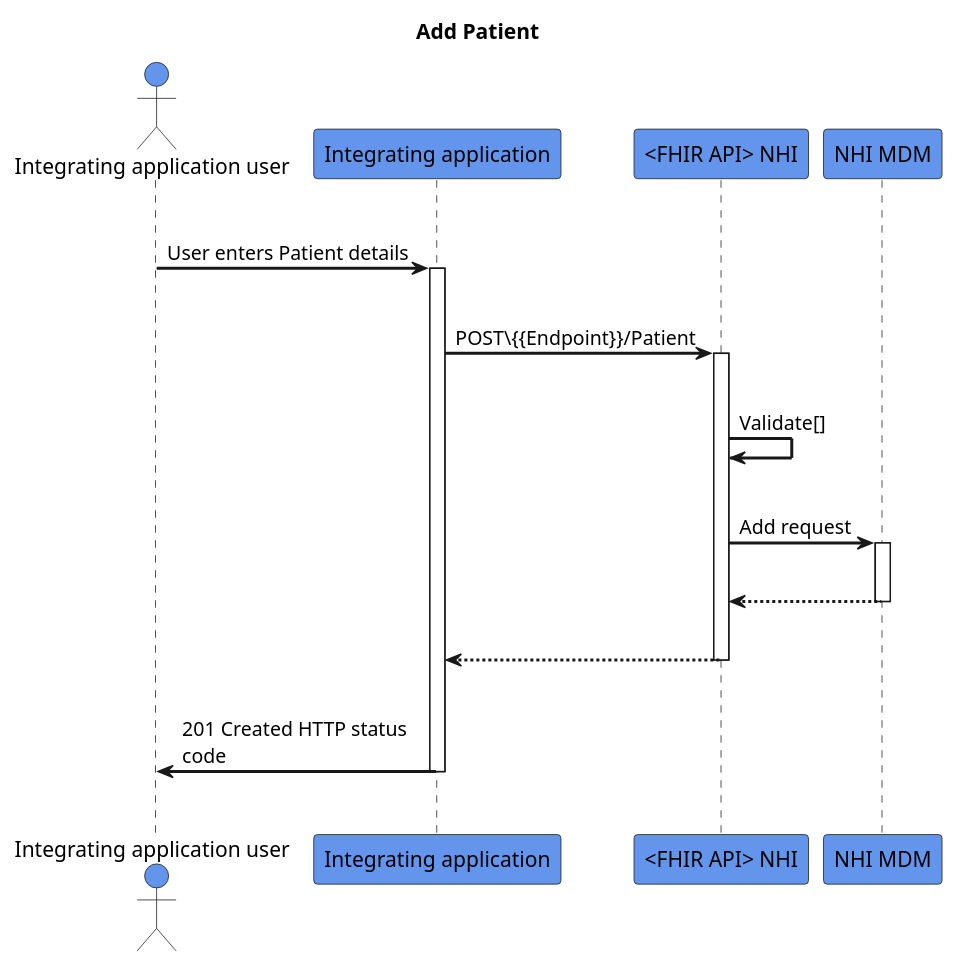
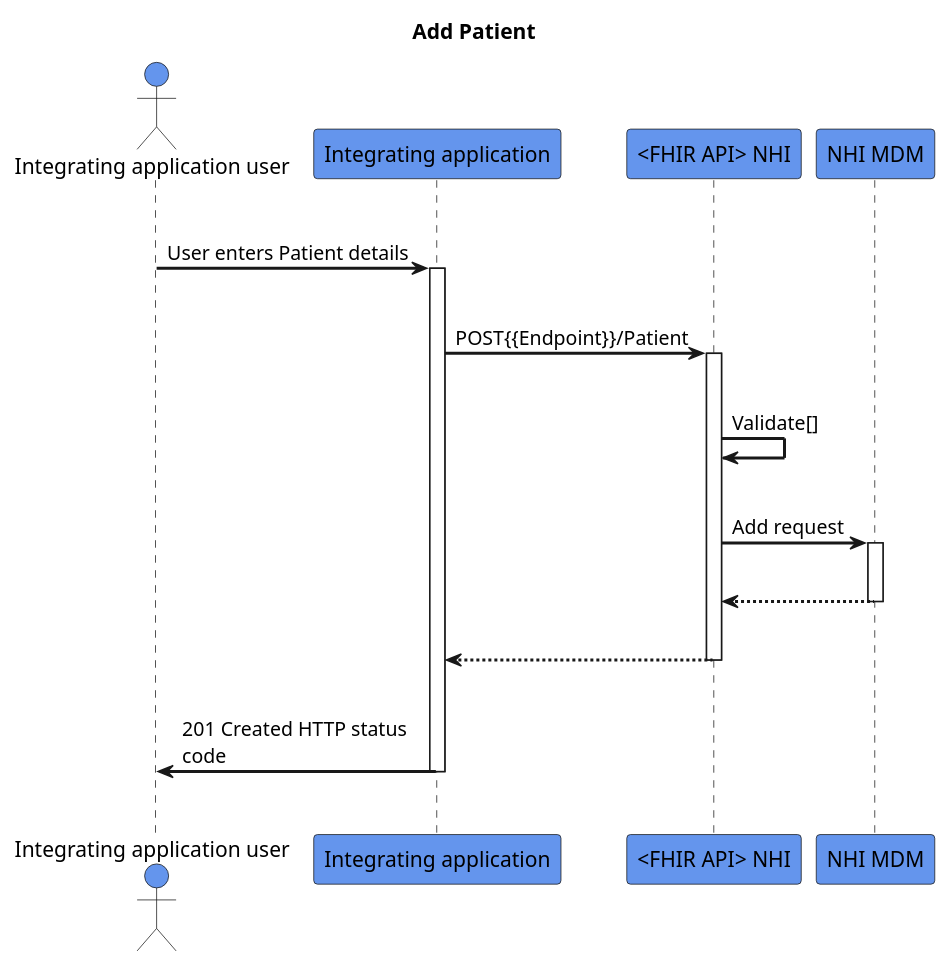
Before and after one commit to HL7NZ/nhi: the diagram in input/images-source/add-patient.plantuml, drawn with PlantUML.

```diff
--- a/input/images-source/add-patient.plantuml
+++ b/input/images-source/add-patient.plantuml
@@ -2,32 +2,32 @@
 @startuml
 skinparam sequenceArrowThickness 2
 skinparam roundcorner 5
 skinparam maxmessagesize 180
 skinparam sequenceParticipant bold
 title Add Patient
 actor "Integrating application user" as User #CornflowerBlue
 participant "Integrating application" as A #CornflowerBlue
 participant "<FHIR API> NHI" as B #CornflowerBlue
 participant "NHI MDM" as C #CornflowerBlue
 |||
 User -> A: User enters Patient details
 activate A
 |||
-A -> B: POST\{{Endpoint}}/Patient
+A -> B: POST{{Endpoint}}/Patient
 activate B
 |||
 B -> B: Validate[]
 |||
 B -> C: Add request
 activate C
 |||
 C -[dashed]-> B:  
 deactivate C
 |||
 B -[dashed]-> A:
 deactivate B
 |||
 A -> User: 201 Created HTTP status code
 deactivate A
 |||
 @enduml
```
